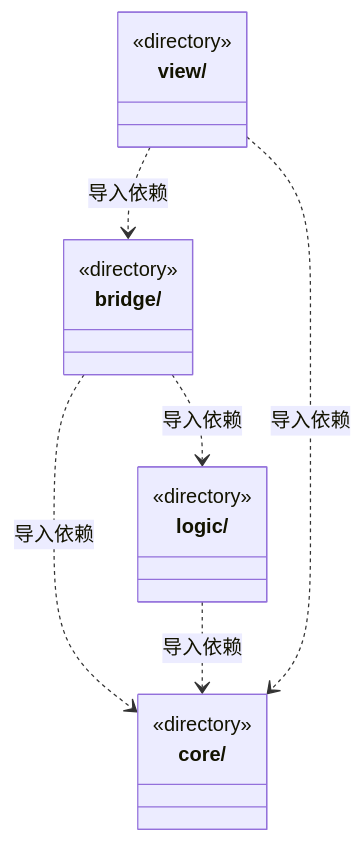
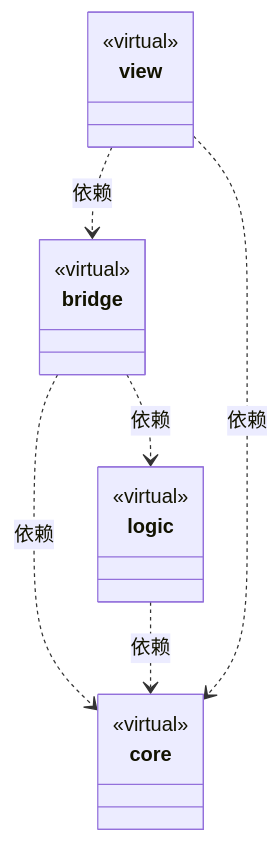
One commit to nan023062/cbim changed the diagram in src/ARCHITECTURE.md. Above: the diagram before and after it, drawn with Mermaid. The commit also changed other lines of this file and 158 other files, not shown here.

Commit message:
docs: model architecture through nested virtual encapsulations

````diff
--- a/src/ARCHITECTURE.md
+++ b/src/ARCHITECTURE.md
@@ -168,20 +19,24 @@
 ```mermaid
 classDiagram
-class N_src_bridge["bridge/"] {
-  <<directory>>
+class N_22a9dc163407["bridge"] {
+  <<virtual>>
 }
-class N_src_core["core/"] {
-  <<directory>>
+click N_22a9dc163407 href "bridge/ARCHITECTURE.md"
+class N_2ac6ecef0e06["core"] {
+  <<virtual>>
 }
-class N_src_logic["logic/"] {
-  <<directory>>
+click N_2ac6ecef0e06 href "core/ARCHITECTURE.md"
+class N_8ad7653761f5["logic"] {
+  <<virtual>>
 }
-class N_src_view["view/"] {
-  <<directory>>
+click N_8ad7653761f5 href "logic/ARCHITECTURE.md"
+class N_eae847246398["view"] {
+  <<virtual>>
 }
-N_src_bridge ..> N_src_logic : 导入依赖
-N_src_bridge ..> N_src_core : 导入依赖
-N_src_logic ..> N_src_core : 导入依赖
-N_src_view ..> N_src_bridge : 导入依赖
-N_src_view ..> N_src_core : 导入依赖
+click N_eae847246398 href "view/ARCHITECTURE.md"
+N_22a9dc163407 ..> N_2ac6ecef0e06 : 依赖
+N_22a9dc163407 ..> N_8ad7653761f5 : 依赖
+N_8ad7653761f5 ..> N_2ac6ecef0e06 : 依赖
+N_eae847246398 ..> N_22a9dc163407 : 依赖
+N_eae847246398 ..> N_2ac6ecef0e06 : 依赖
 ```
````
